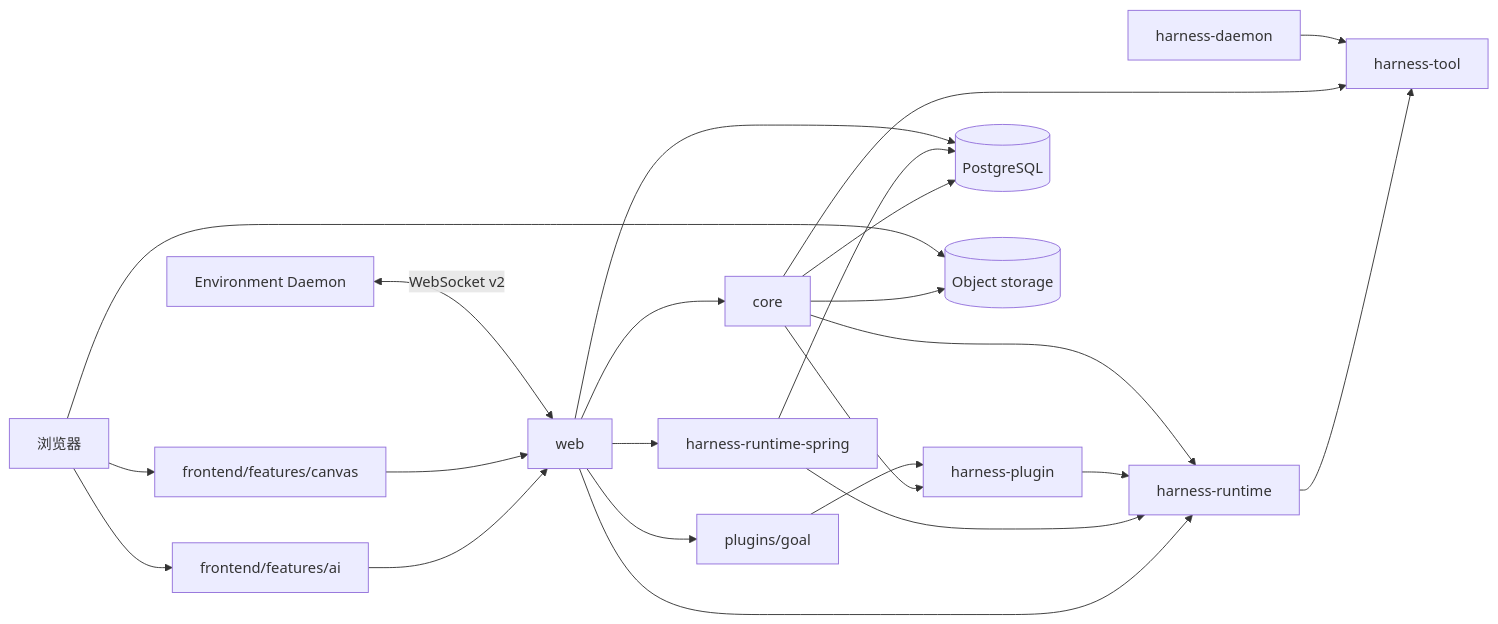
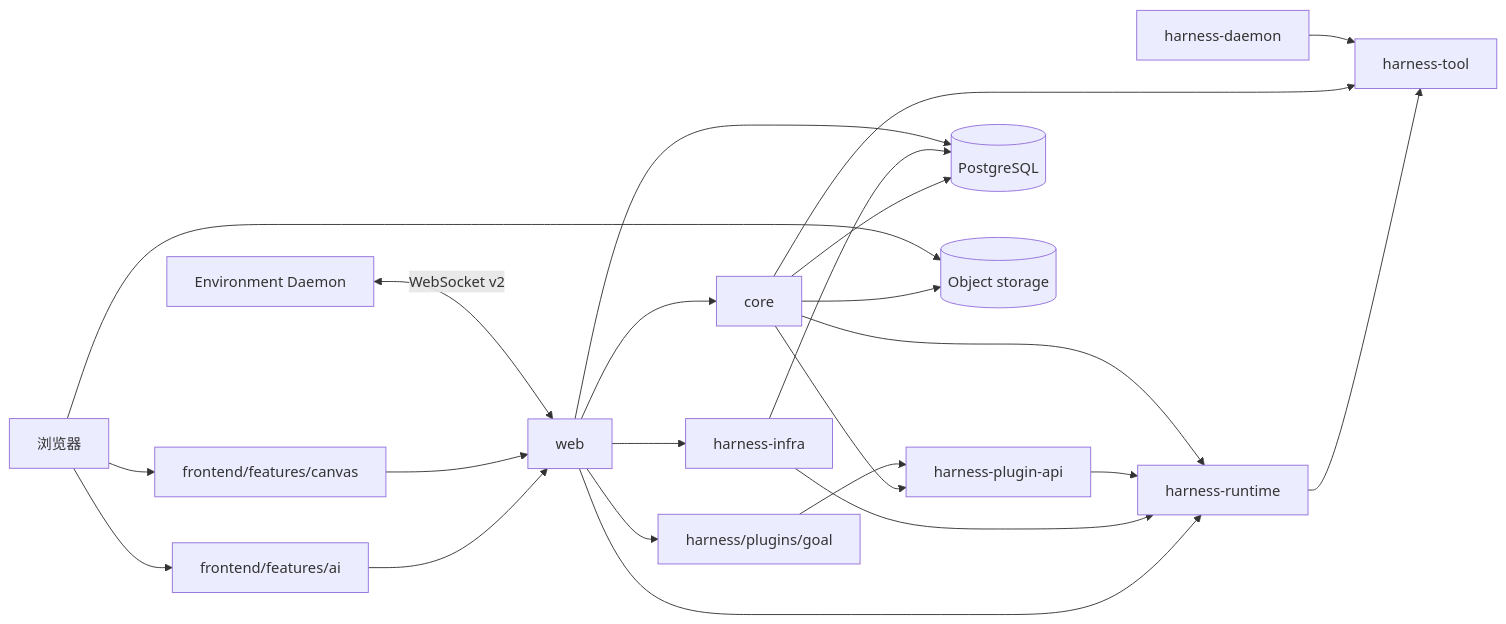
One commit to fengwk/kk-studio changed the diagram in docs/technical-solution/architecture.md. Above: the diagram before and after it, drawn with Mermaid. The commit also changed other lines of this file and 200 other files, not shown here.

````diff
--- a/docs/technical-solution/architecture.md
+++ b/docs/technical-solution/architecture.md
@@ -14,40 +14,40 @@
 ```mermaid
 flowchart LR
     Browser[浏览器]
     AI[frontend/features/ai]
     Canvas[frontend/features/canvas]
     Web[web]
     Core[core]
     Runtime[harness-runtime]
-    Plugin[harness-plugin]
-    Goal[plugins/goal]
-    RuntimeSpring[harness-runtime-spring]
+    Plugin[harness-plugin-api]
+    Goal[harness/plugins/goal]
+    Infra[harness-infra]
     Tool[harness-tool]
     Daemon[harness-daemon]
     PG[(PostgreSQL)]
     S3[(Object storage)]
     Env[Environment Daemon]
 
     Browser --> AI
     Browser --> Canvas
     AI --> Web
     Canvas --> Web
     Web --> Core
-    Web --> RuntimeSpring
+    Web --> Infra
     Web --> Runtime
     Web --> Goal
-    RuntimeSpring --> Runtime
+    Infra --> Runtime
     Core --> Plugin
     Goal --> Plugin
     Plugin --> Runtime
     Runtime --> Tool
     Core --> Runtime
     Core --> Tool
     Daemon --> Tool
     Core --> PG
-    RuntimeSpring --> PG
+    Infra --> PG
     Web --> PG
     Core --> S3
     Browser --> S3
     Env <-->|WebSocket v2| Web
 ```
````
